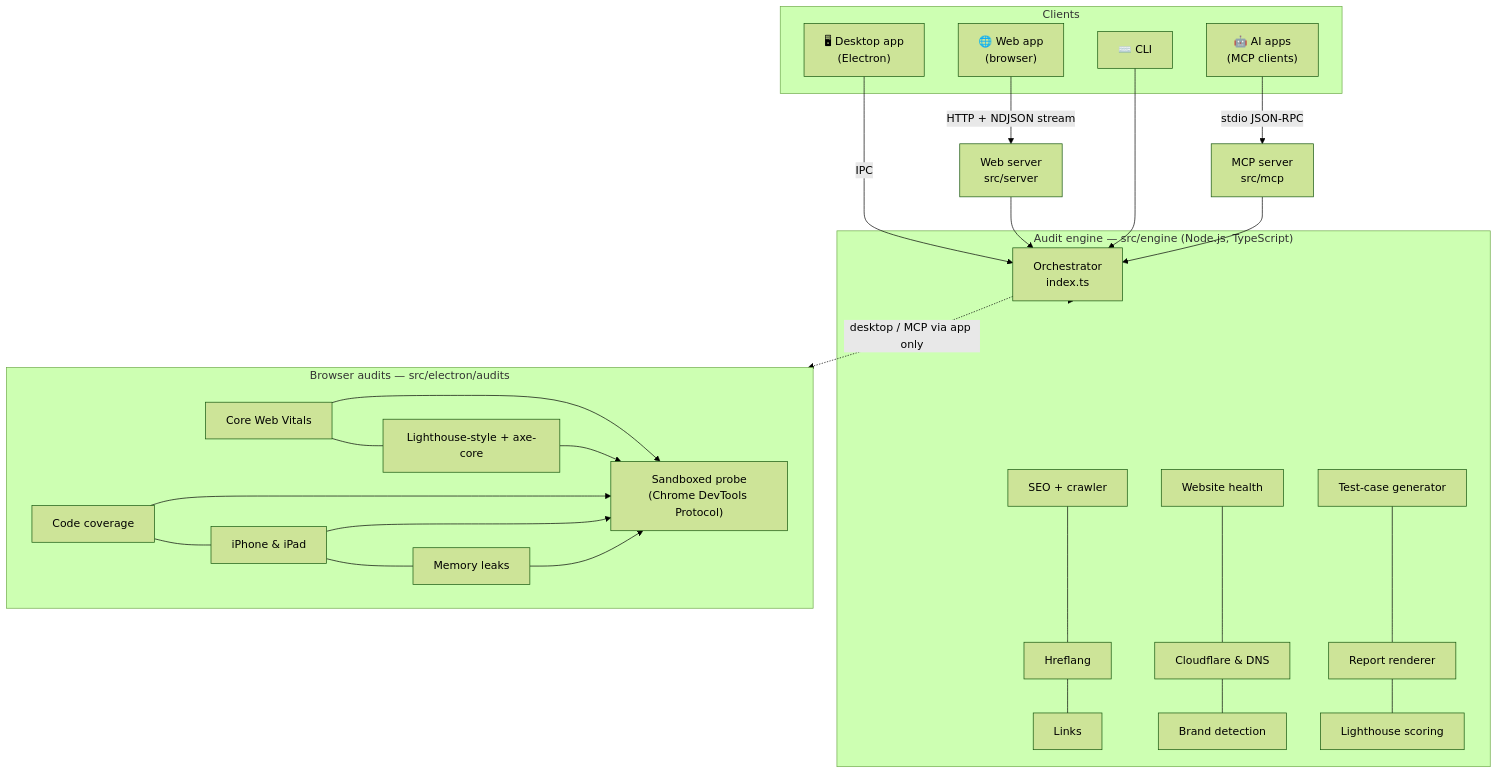
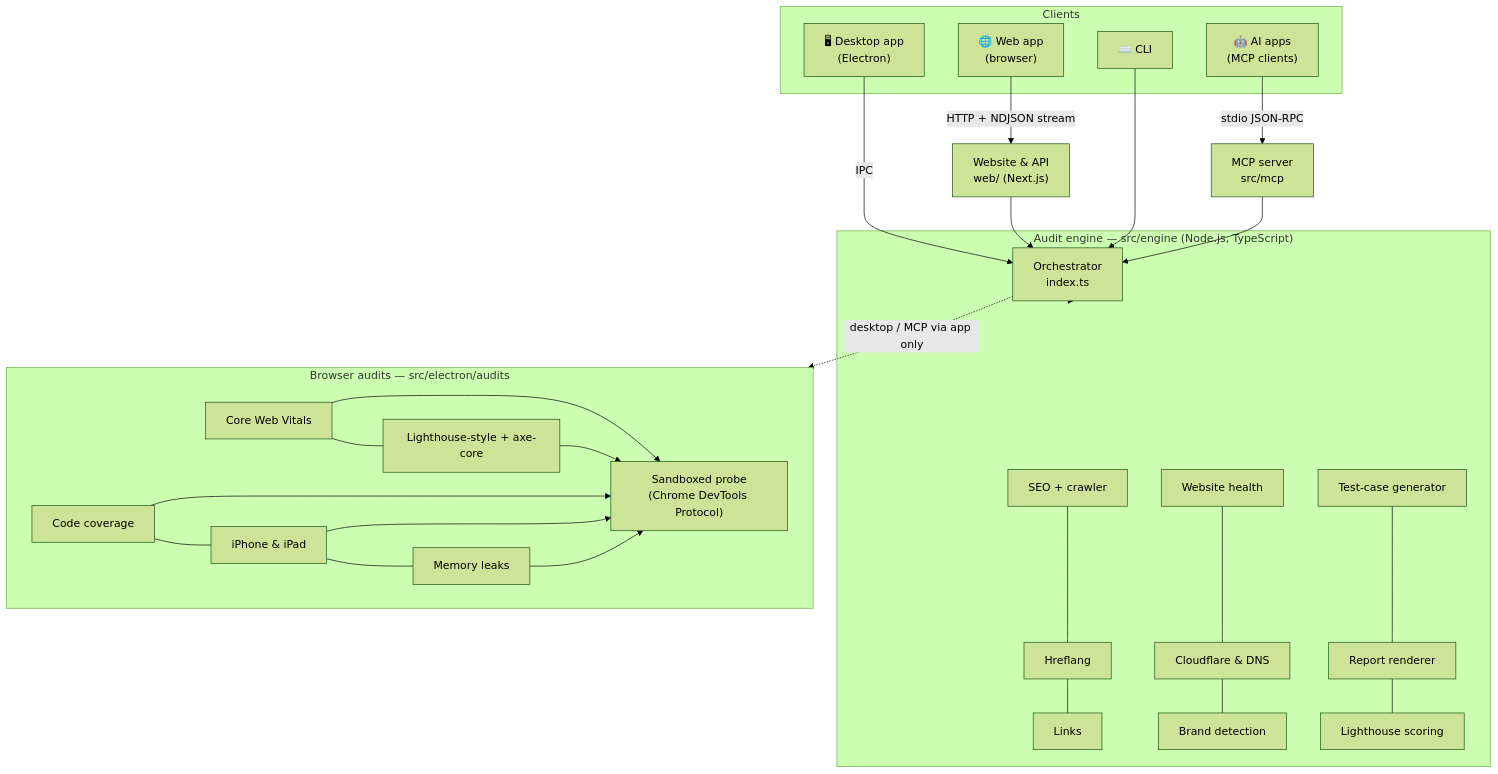
Before and after one commit to Zubair-hussain/Sightline: the second of 2 diagrams in README.md, drawn with Mermaid (forest theme). The commit also changed other lines of this file and 1 other file, not shown here.

Commit message:
docs: document the Next.js website, Vercel deployment and configuration

````diff
--- a/README.md
+++ b/README.md
@@ -154,30 +154,30 @@
 ```mermaid
 flowchart TB
     subgraph Clients
         D["🖥 Desktop app<br/>(Electron)"]
         W["🌐 Web app<br/>(browser)"]
         C["⌨️ CLI"]
         M["🤖 AI apps<br/>(MCP clients)"]
     end
 
     subgraph Shared["Audit engine — src/engine (Node.js, TypeScript)"]
         O["Orchestrator<br/>index.ts"]
         SEO["SEO + crawler"] --- HL["Hreflang"] --- LK["Links"]
         WS["Website health"] --- CF["Cloudflare & DNS"] --- BR["Brand detection"]
         TC["Test-case generator"] --- RH["Report renderer"] --- LS["Lighthouse scoring"]
     end
 
     subgraph Browser["Browser audits — src/electron/audits"]
         PF["Core Web Vitals"] --- LH["Lighthouse-style + axe-core"]
         CV["Code coverage"] --- MB["iPhone & iPad"] --- ML["Memory leaks"]
         PR["Sandboxed probe<br/>(Chrome DevTools Protocol)"]
     end
 
     D -- IPC --> O
-    W -- "HTTP + NDJSON stream" --> SV["Web server<br/>src/server"] --> O
+    W -- "HTTP + NDJSON stream" --> SV["Website &amp; API<br/>web/ (Next.js)"] --> O
     C --> O
     M -- "stdio JSON-RPC" --> MCP["MCP server<br/>src/mcp"] --> O
     O --> Shared
     O -. "desktop / MCP via app only" .-> Browser
     PF & LH & CV & MB & ML --> PR
 ```
````
